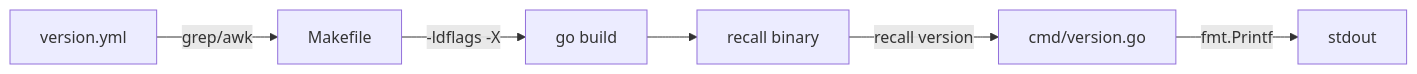
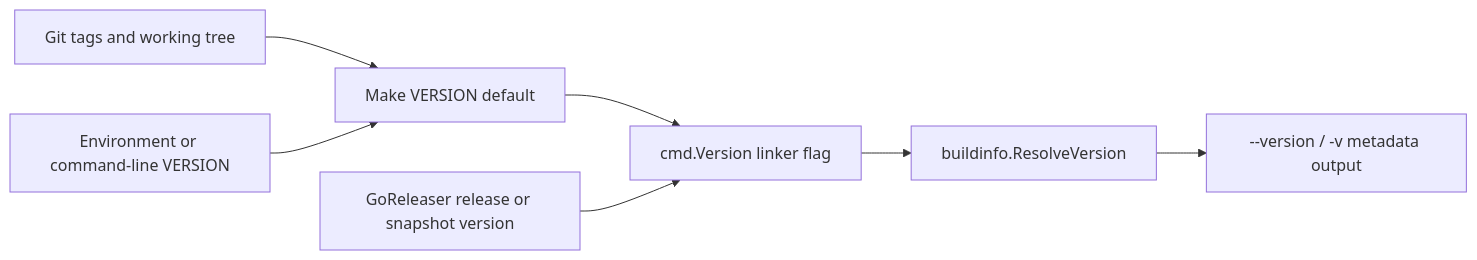
Before and after one commit to managedkaos/recall: the diagram in .kiro/specs/version-command/design.md, drawn with Mermaid. The commit also changed other lines of this file and 14 other files, not shown here.

Commit message:
remove dependencies on version.yml (#13)

````diff
--- a/.kiro/specs/version-command/design.md
+++ b/.kiro/specs/version-command/design.md
@@ -11,8 +5,9 @@
 ```mermaid
 flowchart LR
-    A[version.yml] -->|grep/awk| B[Makefile]
-    B -->|"-ldflags -X"| C[go build]
-    C --> D[recall binary]
-    D -->|"recall version"| E[cmd/version.go]
-    E -->|fmt.Printf| F[stdout]
+    Git[Git tags and working tree] --> Make[Make VERSION default]
+    Override[Environment or command-line VERSION] --> Make
+    Make --> Inject[cmd.Version linker flag]
+    GoReleaser[GoReleaser release or snapshot version] --> Inject
+    Inject --> Normalize[buildinfo.ResolveVersion]
+    Normalize --> Output[--version / -v metadata output]
 ```
````
